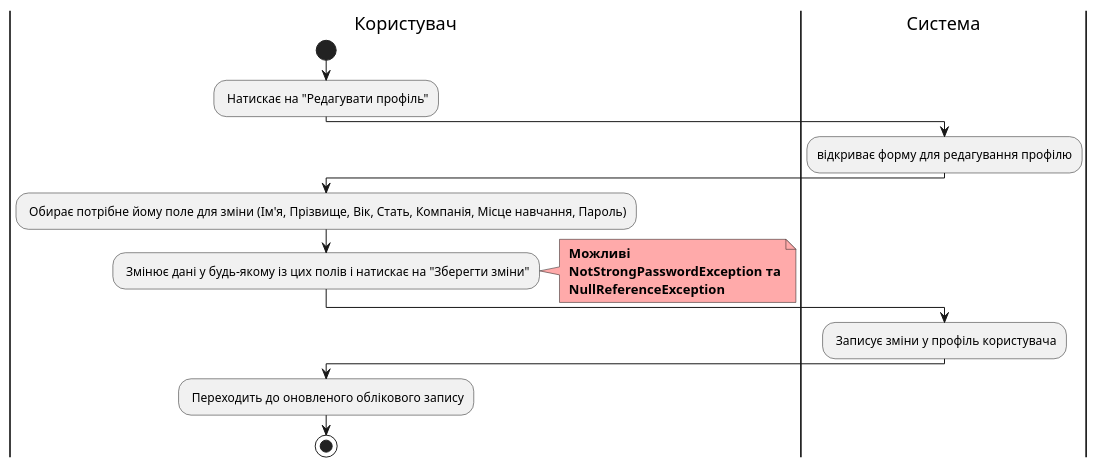
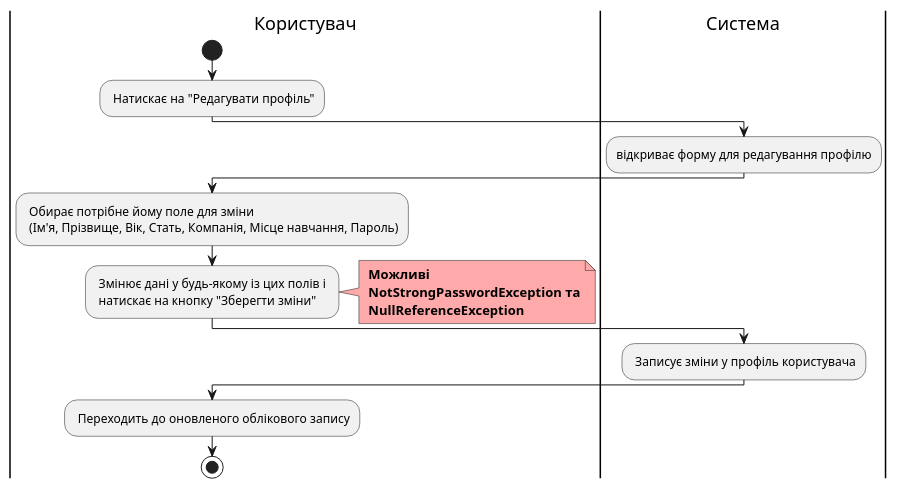
One commit to witchkaa/databases-course-work changed the ninth of 23 diagrams in docs/use cases/README.md. Above: the diagram before and after it, drawn with PlantUML. The commit also changed other lines of this file and 1 other file, not shown here.

```diff
--- a/docs/use cases/README.md
+++ b/docs/use cases/README.md
@@ -368,26 +368,26 @@
 @startuml
 
     |Користувач|
     start;
     : Натискає на "Редагувати профіль";
 
     |Система|
         :відкриває форму для редагування профілю;
 
     |Користувач|
-    : Обирає потрібне йому поле для зміни (Ім'я, Прізвище, Вік, Стать, Компанія, Місце навчання, Пароль);
-    : Змінює дані у будь-якому із цих полів і натискає на "Зберегти зміни";
+    : Обирає потрібне йому поле для зміни \n (Ім'я, Прізвище, Вік, Стать, Компанія, Місце навчання, Пароль);
+    : Змінює дані у будь-якому із цих полів і \n натискає на кнопку "Зберегти зміни";
     note right #ffaaaa
     <b> Можливі
     <b> NotStrongPasswordException та
     <b> NullReferenceException
     end note
     
     |Система|
     : Записує зміни у профіль користувача;
     
     |Користувач|
     : Переходить до оновленого облікового запису;
     stop;
 
 @enduml
```
